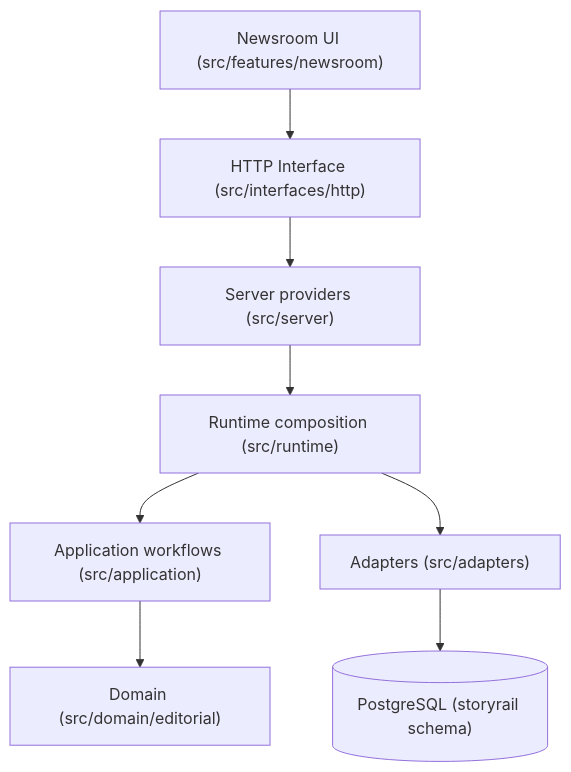
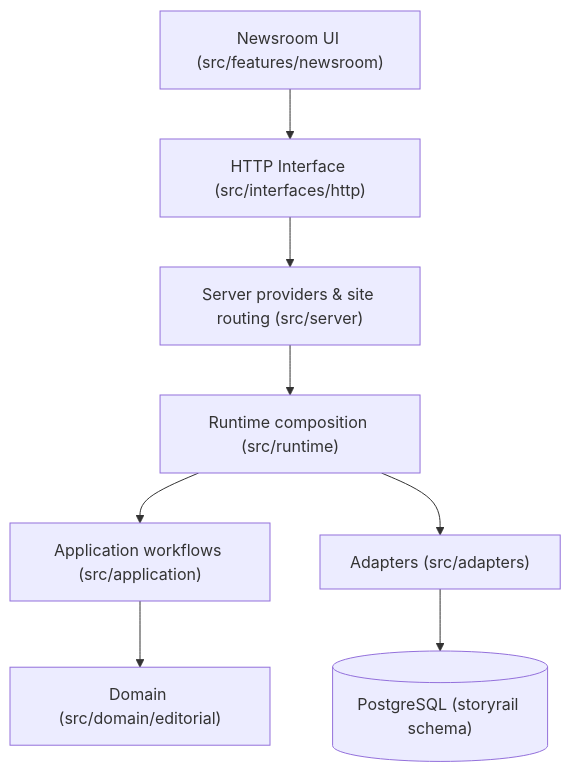
Before and after one commit to BlackSwampAI/StoryRail: the first of 2 diagrams in openwiki/architecture/overview.md, drawn with Mermaid. The commit also changed other lines of this file and 10 other files, not shown here.

````diff
--- a/openwiki/architecture/overview.md
+++ b/openwiki/architecture/overview.md
@@ -28,19 +28,19 @@
 ```mermaid
 flowchart TD
     UI["Newsroom UI (src/features/newsroom)"]
     HTTP["HTTP Interface (src/interfaces/http)"]
+    SRV["Server providers & site routing (src/server)"]
+    RT["Runtime composition (src/runtime)"]
     APP["Application workflows (src/application)"]
     DOM["Domain (src/domain/editorial)"]
     ADP["Adapters (src/adapters)"]
-    RT["Runtime composition (src/runtime)"]
-    SRV["Server providers (src/server)"]
     PG[("PostgreSQL (storyrail schema)")]
 
     UI --> HTTP
     HTTP --> SRV
     SRV --> RT
     RT --> APP
     APP --> DOM
     RT --> ADP
     ADP --> PG
 ```
````
